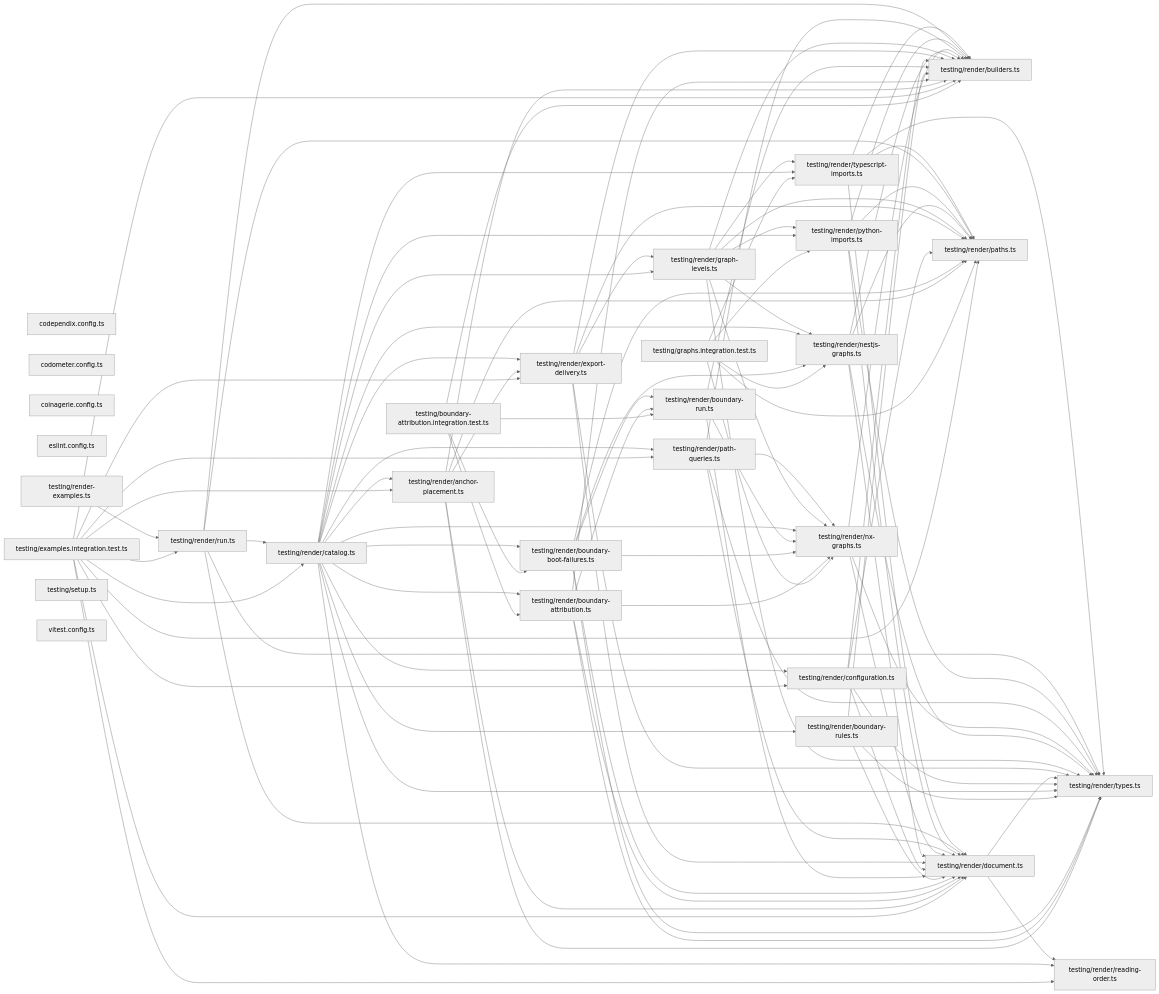
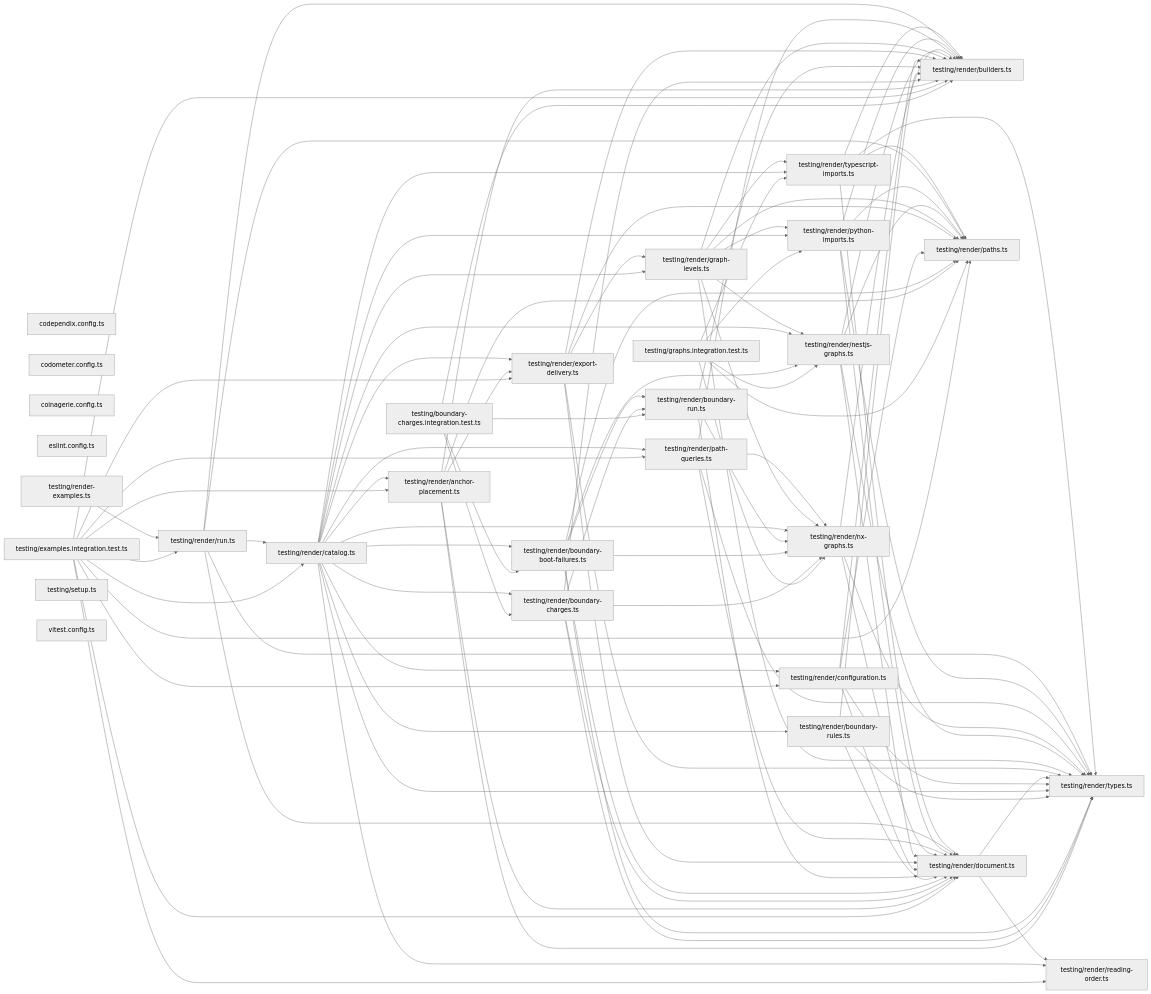
One commit to organizzolini/codebase changed the second of 2 diagrams in projects/ic-suite/codependix/codependix-examples/codependix.md. Above: the diagram before and after it, drawn with Mermaid (neutral theme). The commit also changed 13 other files, not shown here.

First line of the commit message:
refactor(codependix): ♻️ rename the boundary attribution examples to charges

```diff
--- a/projects/ic-suite/codependix/codependix-examples/codependix.md
+++ b/projects/ic-suite/codependix/codependix-examples/codependix.md
@@ -50,12 +50,12 @@
   file_codometer_config_ts["codometer.config.ts"]
   file_coinagerie_config_ts["coinagerie.config.ts"]
   file_eslint_config_ts["eslint.config.ts"]
-  file_testing_boundary_attribution_integration_test_ts["testing/boundary-attribution.integration.test.ts"]
+  file_testing_boundary_charges_integration_test_ts["testing/boundary-charges.integration.test.ts"]
   file_testing_examples_integration_test_ts["testing/examples.integration.test.ts"]
   file_testing_graphs_integration_test_ts["testing/graphs.integration.test.ts"]
   file_testing_render_examples_ts["testing/render-examples.ts"]
   file_testing_render_anchor_placement_ts["testing/render/anchor-placement.ts"]
-  file_testing_render_boundary_attribution_ts["testing/render/boundary-attribution.ts"]
+  file_testing_render_boundary_charges_ts["testing/render/boundary-charges.ts"]
   file_testing_render_boundary_boot_failures_ts["testing/render/boundary-boot-failures.ts"]
   file_testing_render_boundary_rules_ts["testing/render/boundary-rules.ts"]
   file_testing_render_boundary_run_ts["testing/render/boundary-run.ts"]
@@ -76,10 +76,10 @@
   file_testing_render_typescript_imports_ts["testing/render/typescript-imports.ts"]
   file_testing_setup_ts["testing/setup.ts"]
   file_vitest_config_ts["vitest.config.ts"]
-  file_testing_boundary_attribution_integration_test_ts --> file_testing_render_boundary_attribution_ts
-  file_testing_boundary_attribution_integration_test_ts --> file_testing_render_boundary_boot_failures_ts
-  file_testing_boundary_attribution_integration_test_ts --> file_testing_render_boundary_run_ts
-  file_testing_boundary_attribution_integration_test_ts --> file_testing_render_builders_ts
+  file_testing_boundary_charges_integration_test_ts --> file_testing_render_boundary_charges_ts
+  file_testing_boundary_charges_integration_test_ts --> file_testing_render_boundary_boot_failures_ts
+  file_testing_boundary_charges_integration_test_ts --> file_testing_render_boundary_run_ts
+  file_testing_boundary_charges_integration_test_ts --> file_testing_render_builders_ts
   file_testing_examples_integration_test_ts --> file_testing_render_anchor_placement_ts
   file_testing_examples_integration_test_ts --> file_testing_render_builders_ts
   file_testing_examples_integration_test_ts --> file_testing_render_catalog_ts
@@ -101,11 +101,11 @@
   file_testing_render_anchor_placement_ts --> file_testing_render_export_delivery_ts
   file_testing_render_anchor_placement_ts --> file_testing_render_paths_ts
   file_testing_render_anchor_placement_ts --> file_testing_render_types_ts
-  file_testing_render_boundary_attribution_ts --> file_testing_render_boundary_run_ts
-  file_testing_render_boundary_attribution_ts --> file_testing_render_builders_ts
-  file_testing_render_boundary_attribution_ts --> file_testing_render_document_ts
-  file_testing_render_boundary_attribution_ts --> file_testing_render_nx_graphs_ts
-  file_testing_render_boundary_attribution_ts --> file_testing_render_types_ts
+  file_testing_render_boundary_charges_ts --> file_testing_render_boundary_run_ts
+  file_testing_render_boundary_charges_ts --> file_testing_render_builders_ts
+  file_testing_render_boundary_charges_ts --> file_testing_render_document_ts
+  file_testing_render_boundary_charges_ts --> file_testing_render_nx_graphs_ts
+  file_testing_render_boundary_charges_ts --> file_testing_render_types_ts
   file_testing_render_boundary_boot_failures_ts --> file_testing_render_boundary_run_ts
   file_testing_render_boundary_boot_failures_ts --> file_testing_render_document_ts
   file_testing_render_boundary_boot_failures_ts --> file_testing_render_nestjs_graphs_ts
@@ -119,7 +119,7 @@
   file_testing_render_boundary_run_ts --> file_testing_render_document_ts
   file_testing_render_boundary_run_ts --> file_testing_render_nx_graphs_ts
   file_testing_render_catalog_ts --> file_testing_render_anchor_placement_ts
-  file_testing_render_catalog_ts --> file_testing_render_boundary_attribution_ts
+  file_testing_render_catalog_ts --> file_testing_render_boundary_charges_ts
   file_testing_render_catalog_ts --> file_testing_render_boundary_boot_failures_ts
   file_testing_render_catalog_ts --> file_testing_render_boundary_rules_ts
   file_testing_render_catalog_ts --> file_testing_render_configuration_ts
```
